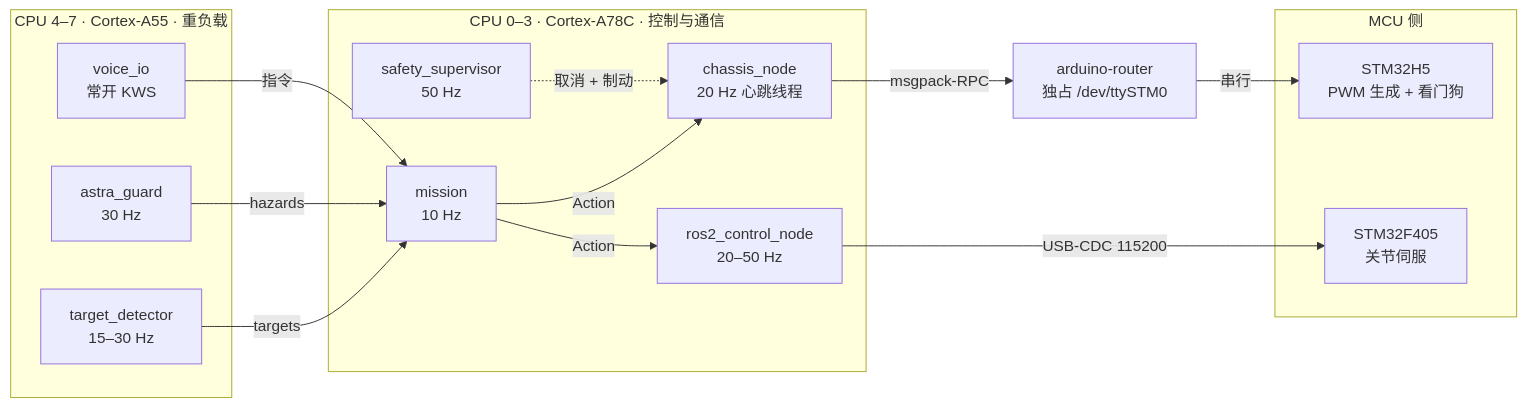
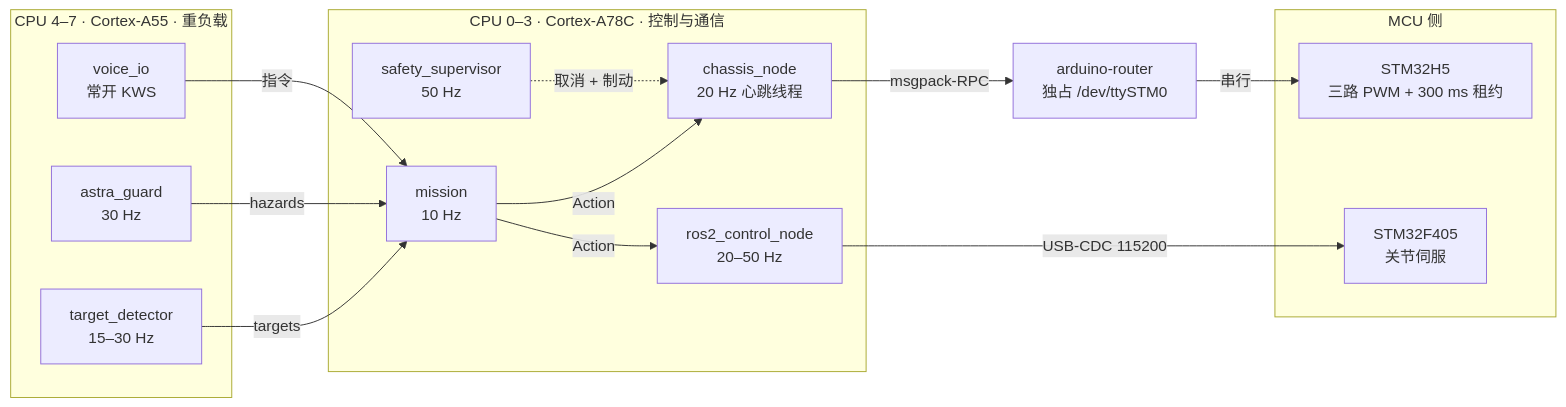
Before and after one commit to BohnChen/PickOrangeDummy: the diagram in docs/diagrams/02-processes.mmd, drawn with Mermaid. The commit also changed 16 other files, not shown here.

```diff
--- a/docs/diagrams/02-processes.mmd
+++ b/docs/diagrams/02-processes.mmd
@@ -1,30 +1,30 @@
 graph LR
     subgraph A78["CPU 0–3 · Cortex-A78C · 控制与通信"]
         RC["ros2_control_node<br/>20–50 Hz"]
         CH["chassis_node<br/>20 Hz 心跳线程"]
         SS["safety_supervisor<br/>50 Hz"]
         MI["mission<br/>10 Hz"]
     end
 
     subgraph A55["CPU 4–7 · Cortex-A55 · 重负载"]
         TD["target_detector<br/>15–30 Hz"]
         AG["astra_guard<br/>30 Hz"]
         VO["voice_io<br/>常开 KWS"]
     end
 
     subgraph MCU["MCU 侧"]
-        H5["STM32H5<br/>PWM 生成 + 看门狗"]
+        H5["STM32H5<br/>三路 PWM + 300 ms 租约"]
         REF["STM32F405<br/>关节伺服"]
     end
 
     RTR["arduino-router<br/>独占 /dev/ttySTM0"]
 
     CH -- "msgpack-RPC" --> RTR
     RTR -- "串行" --> H5
     RC -- "USB-CDC 115200" --> REF
     MI -- "Action" --> RC
     MI -- "Action" --> CH
     TD -- "targets" --> MI
     AG -- "hazards" --> MI
     VO -- "指令" --> MI
     SS -. "取消 + 制动" .-> CH
```
